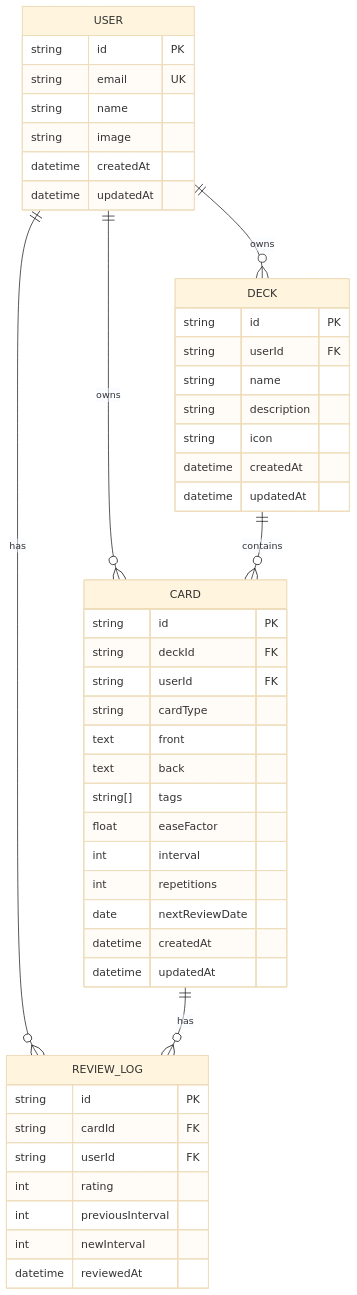
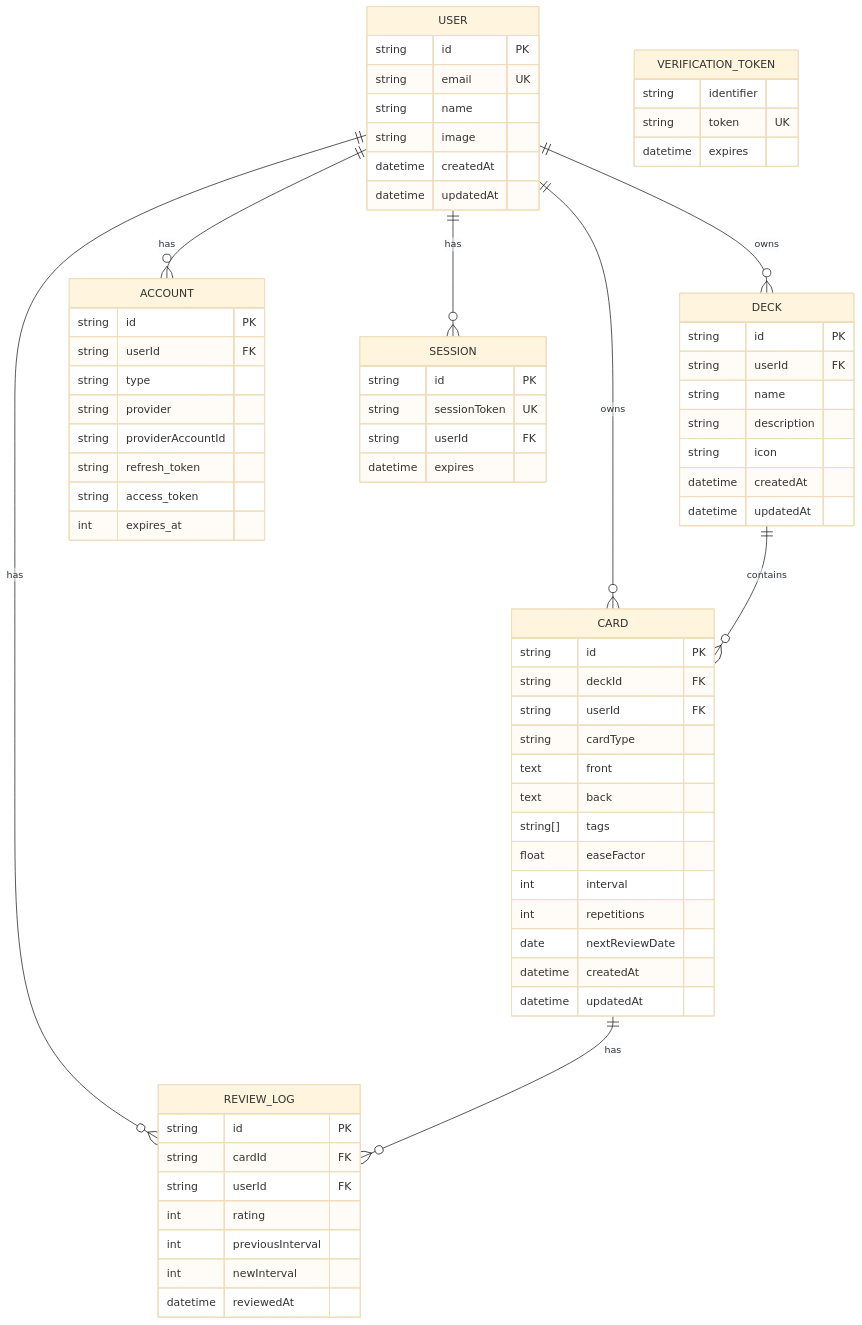
The second of 5 diagrams in docs/functional-design.md (m-i-z-L/loop-learn), drawn with Mermaid (base theme) before and after one commit. The commit also changed other lines of this file and 4 other files, not shown here.

````diff
--- a/docs/functional-design.md
+++ b/docs/functional-design.md
@@ -147,50 +147,73 @@
 ```mermaid
 erDiagram
     USER ||--o{ DECK : owns
     USER ||--o{ CARD : owns
     USER ||--o{ REVIEW_LOG : has
+    USER ||--o{ ACCOUNT : has
+    USER ||--o{ SESSION : has
     DECK ||--o{ CARD : contains
     CARD ||--o{ REVIEW_LOG : has
 
     USER {
         string id PK
         string email UK
         string name
         string image
         datetime createdAt
         datetime updatedAt
     }
     DECK {
         string id PK
         string userId FK
         string name
         string description
         string icon
         datetime createdAt
         datetime updatedAt
     }
     CARD {
         string id PK
         string deckId FK
         string userId FK
         string cardType
         text front
         text back
         string[] tags
         float easeFactor
         int interval
         int repetitions
         date nextReviewDate
         datetime createdAt
         datetime updatedAt
     }
     REVIEW_LOG {
         string id PK
         string cardId FK
         string userId FK
         int rating
         int previousInterval
         int newInterval
         datetime reviewedAt
     }
+    ACCOUNT {
+        string id PK
+        string userId FK
+        string type
+        string provider
+        string providerAccountId
+        string refresh_token
+        string access_token
+        int expires_at
+    }
+    SESSION {
+        string id PK
+        string sessionToken UK
+        string userId FK
+        datetime expires
+    }
+    VERIFICATION_TOKEN {
+        string identifier
+        string token UK
+        datetime expires
+    }
 ```
````
